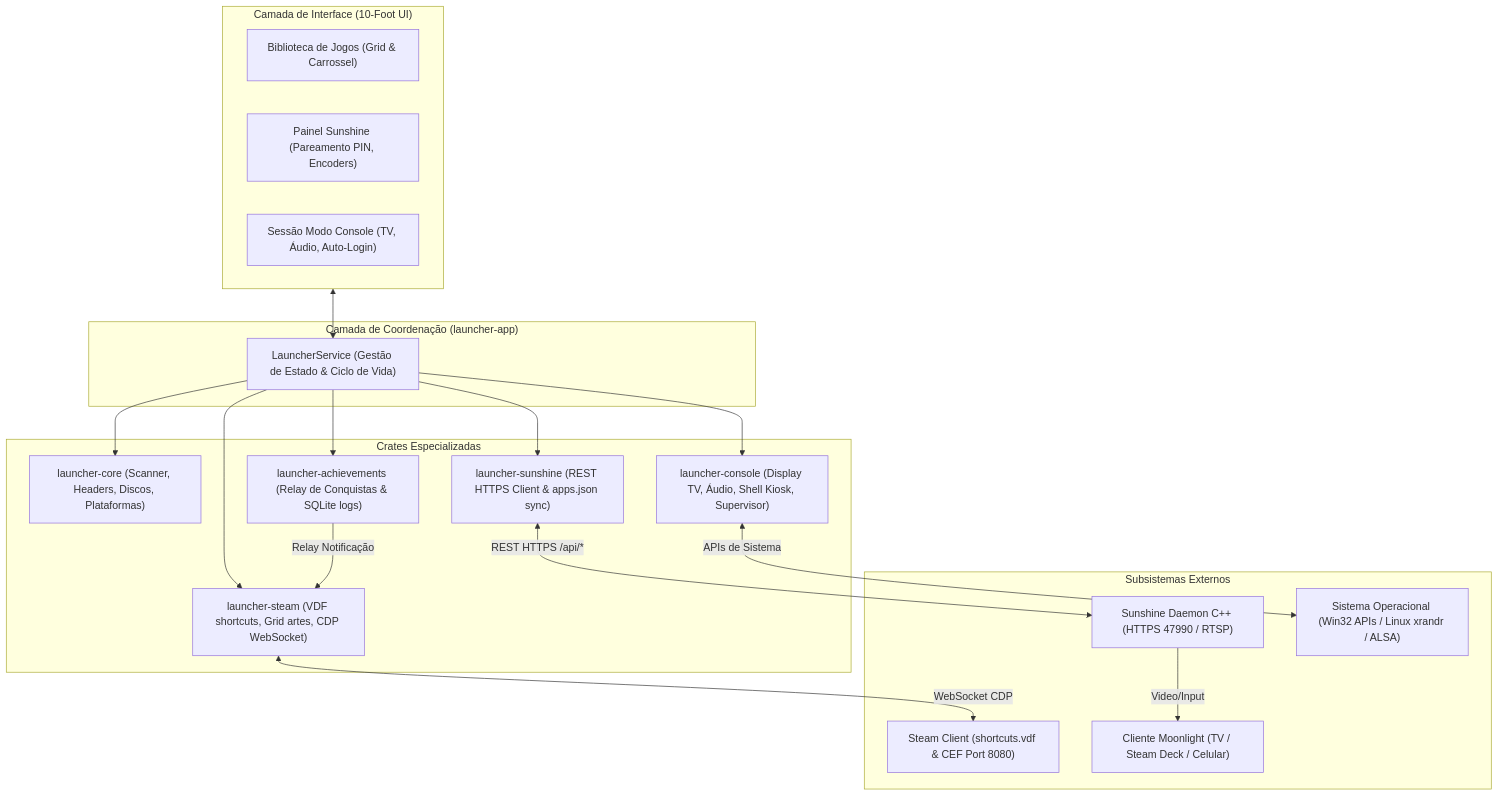
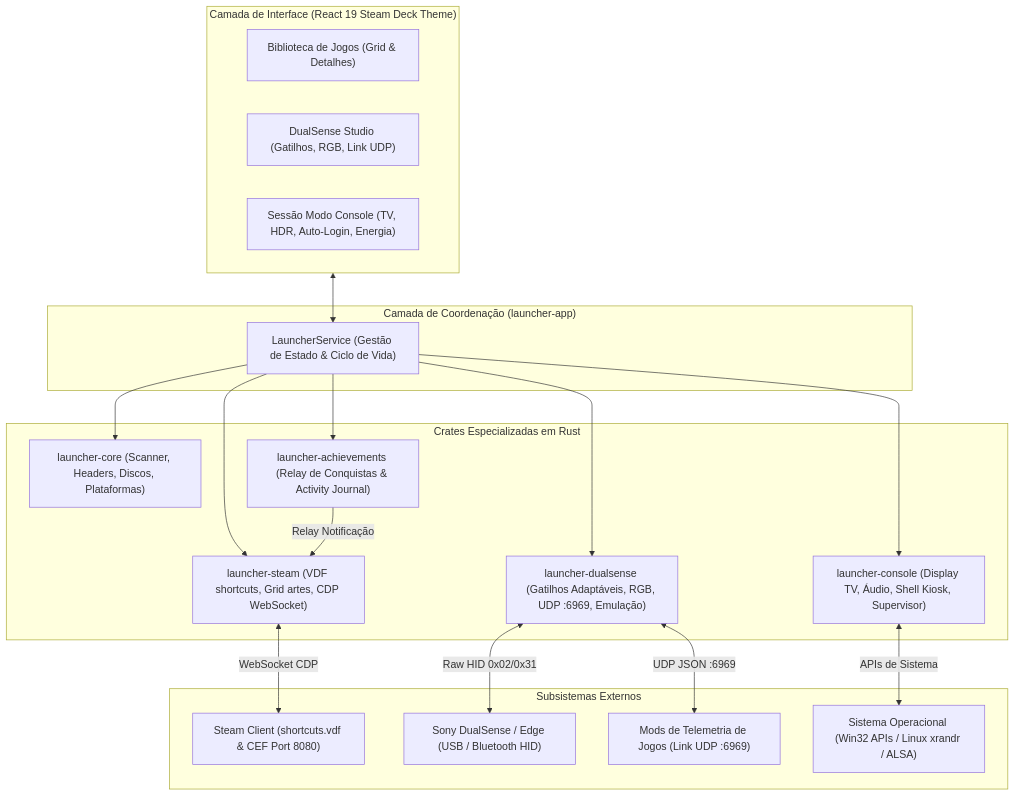
Before and after one commit to marcoswferreira/kame-house-launcher: the diagram in docs/ARCHITECTURE.pt-BR.md, drawn with Mermaid. The commit also changed other lines of this file and 60 other files, not shown here.

````diff
--- a/docs/ARCHITECTURE.pt-BR.md
+++ b/docs/ARCHITECTURE.pt-BR.md
@@ -11,40 +11,40 @@
 ```mermaid
 flowchart TD
-    subgraph UI["Camada de Interface (10-Foot UI)"]
-        Grid["Biblioteca de Jogos (Grid & Carrossel)"]
-        SunshineTab["Painel Sunshine (Pareamento PIN, Encoders)"]
-        ConsoleTab["Sessão Modo Console (TV, Áudio, Auto-Login)"]
+    subgraph UI["Camada de Interface (React 19 Steam Deck Theme)"]
+        Grid["Biblioteca de Jogos (Grid & Detalhes)"]
+        DualSenseTab["DualSense Studio (Gatilhos, RGB, Link UDP)"]
+        ConsoleTab["Sessão Modo Console (TV, HDR, Auto-Login, Energia)"]
     end
 
     subgraph Service["Camada de Coordenação (launcher-app)"]
         LauncherService["LauncherService (Gestão de Estado & Ciclo de Vida)"]
     end
 
-    subgraph CoreCrates["Crates Especializadas"]
+    subgraph CoreCrates["Crates Especializadas em Rust"]
         Core["launcher-core (Scanner, Headers, Discos, Plataformas)"]
         Steam["launcher-steam (VDF shortcuts, Grid artes, CDP WebSocket)"]
-        Achiev["launcher-achievements (Relay de Conquistas & SQLite logs)"]
-        Sun["launcher-sunshine (REST HTTPS Client & apps.json sync)"]
+        Achiev["launcher-achievements (Relay de Conquistas & Activity Journal)"]
+        DualSense["launcher-dualsense (Gatilhos Adaptáveis, RGB, UDP :6969, Emulação)"]
         Console["launcher-console (Display TV, Áudio, Shell Kiosk, Supervisor)"]
     end
 
     subgraph External["Subsistemas Externos"]
         SteamClient["Steam Client (shortcuts.vdf & CEF Port 8080)"]
-        SunshineDaemon["Sunshine Daemon C++ (HTTPS 47990 / RTSP)"]
-        MoonlightClient["Cliente Moonlight (TV / Steam Deck / Celular)"]
+        DualSenseHardware["Sony DualSense / Edge (USB / Bluetooth HID)"]
+        GameMods["Mods de Telemetria de Jogos (Link UDP :6969)"]
         OS["Sistema Operacional (Win32 APIs / Linux xrandr / ALSA)"]
     end
 
     UI <--> LauncherService
     LauncherService --> Core
     LauncherService --> Steam
     LauncherService --> Achiev
-    LauncherService --> Sun
+    LauncherService --> DualSense
     LauncherService --> Console
 
     Steam <-->|"WebSocket CDP"| SteamClient
     Achiev -->|"Relay Notificação"| Steam
-    Sun <-->|"REST HTTPS /api/*"| SunshineDaemon
-    SunshineDaemon -->|"Video/Input"| MoonlightClient
+    DualSense <-->|"Raw HID 0x02/0x31"| DualSenseHardware
+    DualSense <-->|"UDP JSON :6969"| GameMods
     Console <-->|"APIs de Sistema"| OS
 ```
````
